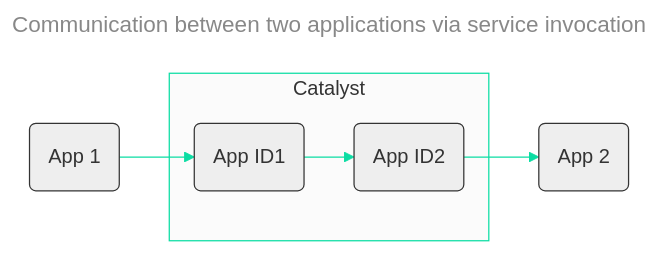
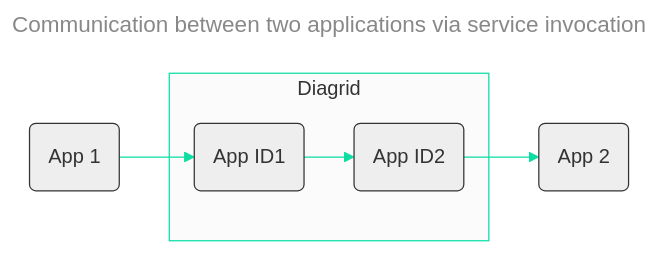
Before and after one commit to diagrid-labs/content-creation: the first of 4 diagrams in .claude/skills/mermaid/SKILL.md, drawn with Mermaid. The commit also changed other lines of this file and 1 other file, not shown here.

First line of the commit message:
Use Diagrid instead of Catalyst in the Mermaid and post skills

````diff
--- a/.claude/skills/mermaid/SKILL.md
+++ b/.claude/skills/mermaid/SKILL.md
@@ -32,30 +32,30 @@
 ```mermaid
 ---
 title: Communication between two applications via service invocation
 config:
   theme: 'base'
   themeVariables:
     textColor: '#888'
     titleColor: '#333'
     background: '#EEE'
     primaryColor: '#EEE'
     primaryTextColor: '#333'
     primaryBorderColor: '#333'
     lineColor: '#0bdda3'
   flowchart:
     nodeSpacing: 60
     rankSpacing: 40
 ---
 flowchart LR
   APP1(App 1)
-  subgraph Catalyst
+  subgraph Diagrid
     APPID1(App ID1)
     APPID2(App ID2)
   end
   APP2(App 2)
   APP1-->APPID1
   APPID1-->APPID2
   APPID2-->APP2
 
-  style Catalyst stroke:#0bdda3
+  style Diagrid stroke:#0bdda3
 ```
````
